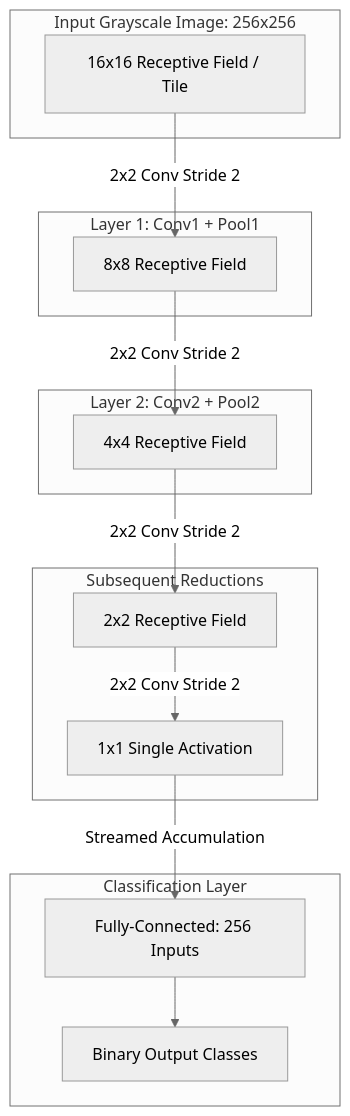
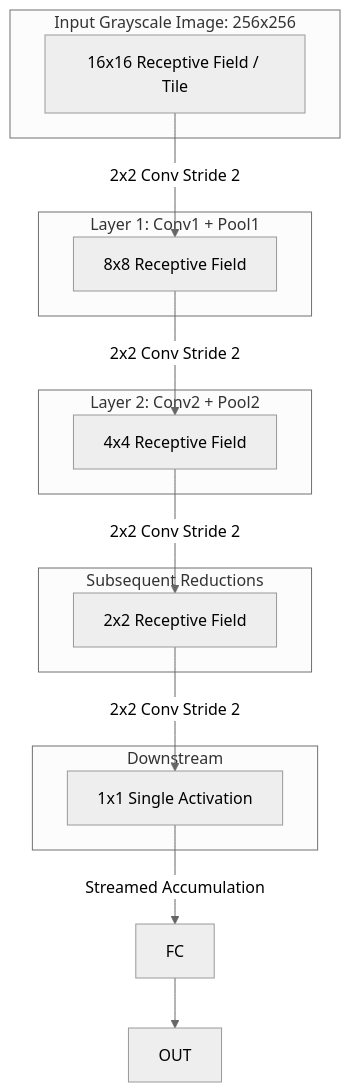
One commit to ronishilo155-glitch/Conv_Dfs changed the first of 2 diagrams in README.md. Above: the diagram before and after it, drawn with Mermaid (neutral theme). The commit also changed other lines of this file, not shown here.

````diff
--- a/README.md
+++ b/README.md
@@ -15,31 +15,29 @@
 ```mermaid
 flowchart TD
     subgraph Input_Image [Input Grayscale Image: 256x256]
         T1[16x16 Receptive Field / Tile]
     end
 
     subgraph Layer1 [Layer 1: Conv1 + Pool1]
         RF1[8x8 Receptive Field]
     end
 
     subgraph Layer2 [Layer 2: Conv2 + Pool2]
         RF2[4x4 Receptive Field]
     end
 
     subgraph Downstream [Subsequent Reductions]
         RF3[2x2 Receptive Field]
-        ACT[1x1 Single Activation]
     end
 
-    subgraph Classifier [Classification Layer]
-        FC[Fully-Connected: 256 Inputs]
-        OUT[Binary Output Classes]
+    subgraph Downstream  
+        ACT[1x1 Single Activation]
     end
 
     T1 -->|2x2 Conv Stride 2| RF1
     RF1 -->|2x2 Conv Stride 2| RF2
     RF2 -->|2x2 Conv Stride 2| RF3
     RF3 -->|2x2 Conv Stride 2| ACT
     ACT -->|Streamed Accumulation| FC
     FC --> OUT
 ```
````
